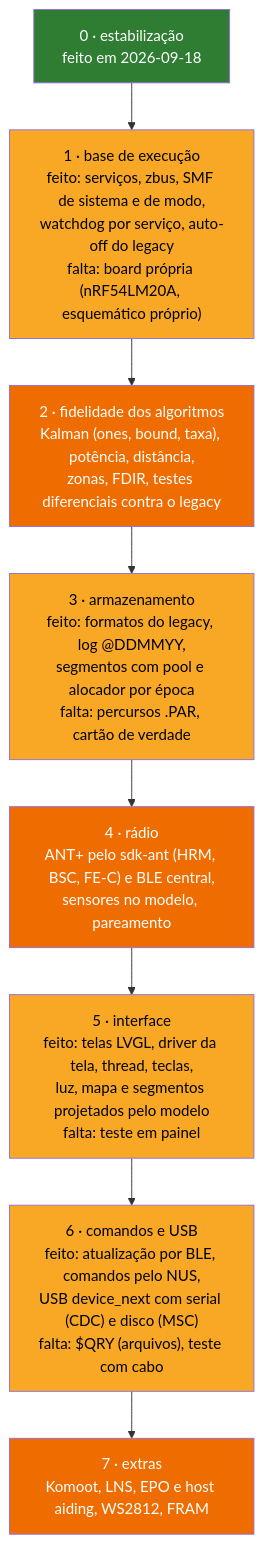
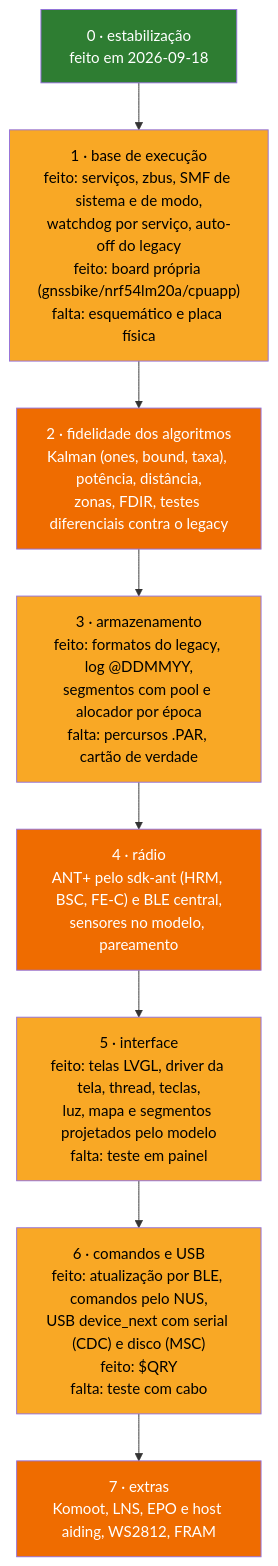
Before and after one commit to Guiimartinho/gnss-bike-computer: the second of 2 diagrams in docs/10-status-do-port.md, drawn with Mermaid. The commit also changed other lines of this file and 32 other files, not shown here.

````diff
--- a/docs/10-status-do-port.md
+++ b/docs/10-status-do-port.md
@@ -116,14 +123,14 @@
 ```mermaid
 flowchart TD
     F0["0 · estabilização<br/>feito em 2026-09-18"]:::done --> F1
-    F1["1 · base de execução<br/>feito: serviços, zbus, SMF de sistema e de modo,<br/>watchdog por serviço, auto-off do legacy<br/>falta: board própria (nRF54LM20A, esquemático próprio)"]:::partial --> F2
+    F1["1 · base de execução<br/>feito: serviços, zbus, SMF de sistema e de modo,<br/>watchdog por serviço, auto-off do legacy<br/>feito: board própria (gnssbike/nrf54lm20a/cpuapp)<br/>falta: esquemático e placa física"]:::partial --> F2
     F2["2 · fidelidade dos algoritmos<br/>Kalman (ones, bound, taxa), potência, distância,<br/>zonas, FDIR, testes diferenciais contra o legacy"]:::pending --> F3
     F3["3 · armazenamento<br/>feito: formatos do legacy, log @DDMMYY,<br/>segmentos com pool e alocador por época<br/>falta: percursos .PAR, cartão de verdade"]:::partial --> F4
     F4["4 · rádio<br/>ANT+ pelo sdk-ant (HRM, BSC, FE-C) e BLE central,<br/>sensores no modelo, pareamento"]:::pending --> F5
     F5["5 · interface<br/>feito: telas LVGL, driver da tela, thread, teclas,<br/>luz, mapa e segmentos projetados pelo modelo<br/>falta: teste em painel"]:::partial --> F6
-    F6["6 · comandos e USB<br/>feito: atualização por BLE, comandos pelo NUS,<br/>USB device_next com serial (CDC) e disco (MSC)<br/>falta: $QRY (arquivos), teste com cabo"]:::partial --> F7
+    F6["6 · comandos e USB<br/>feito: atualização por BLE, comandos pelo NUS,<br/>USB device_next com serial (CDC) e disco (MSC)<br/>feito: $QRY<br/>falta: teste com cabo"]:::partial --> F7
     F7["7 · extras<br/>Komoot, LNS, EPO e host aiding, WS2812, FRAM"]:::pending
     classDef done fill:#2e7d32,color:#ffffff
     classDef partial fill:#f9a825,color:#000000
     classDef pending fill:#ef6c00,color:#ffffff
 ```
````
